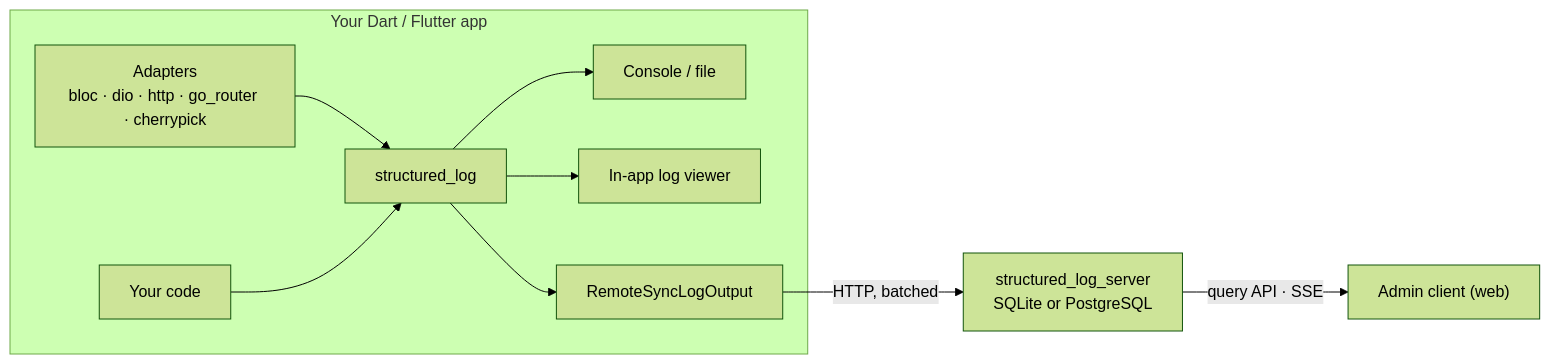
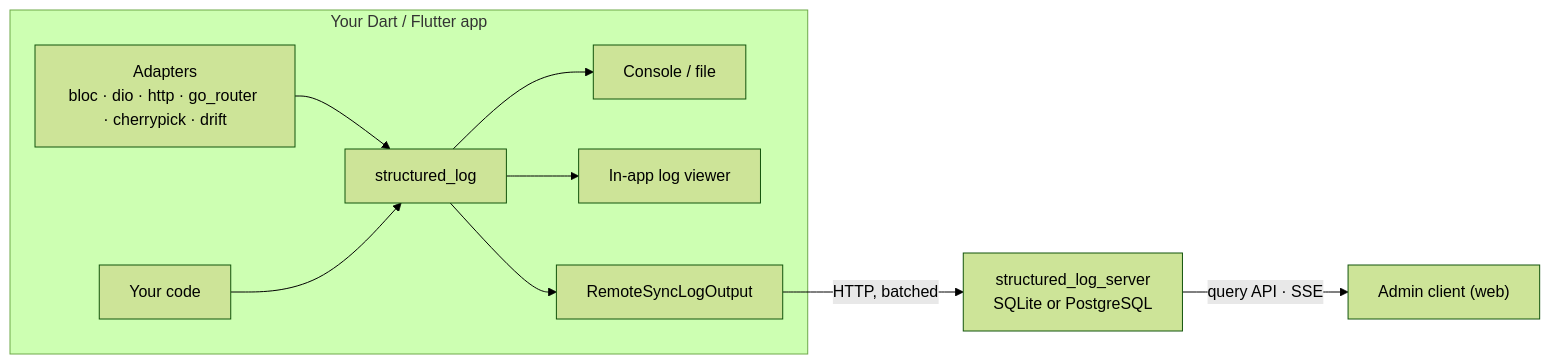
Before and after one commit to pese-git/structured_log: the diagram in README.md, drawn with Mermaid (forest theme). The commit also changed other lines of this file and 46 other files, not shown here.

First line of the commit message:
feat(structured_log_drift): add a drift QueryInterceptor (#110)

````diff
--- a/README.md
+++ b/README.md
@@ -98,12 +100,12 @@
 ```mermaid
 flowchart LR
   subgraph app["Your Dart / Flutter app"]
-    A["Adapters<br/>bloc · dio · http · go_router · cherrypick"] --> C["structured_log"]
+    A["Adapters<br/>bloc · dio · http · go_router · cherrypick · drift"] --> C["structured_log"]
     Y["Your code"] --> C
     C --> O["Console / file"]
     C --> V["In-app log viewer"]
     C --> R["RemoteSyncLogOutput"]
   end
   R -- "HTTP, batched" --> S["structured_log_server<br/>SQLite or PostgreSQL"]
   S -- "query API · SSE" --> W["Admin client (web)"]
 ```
````
